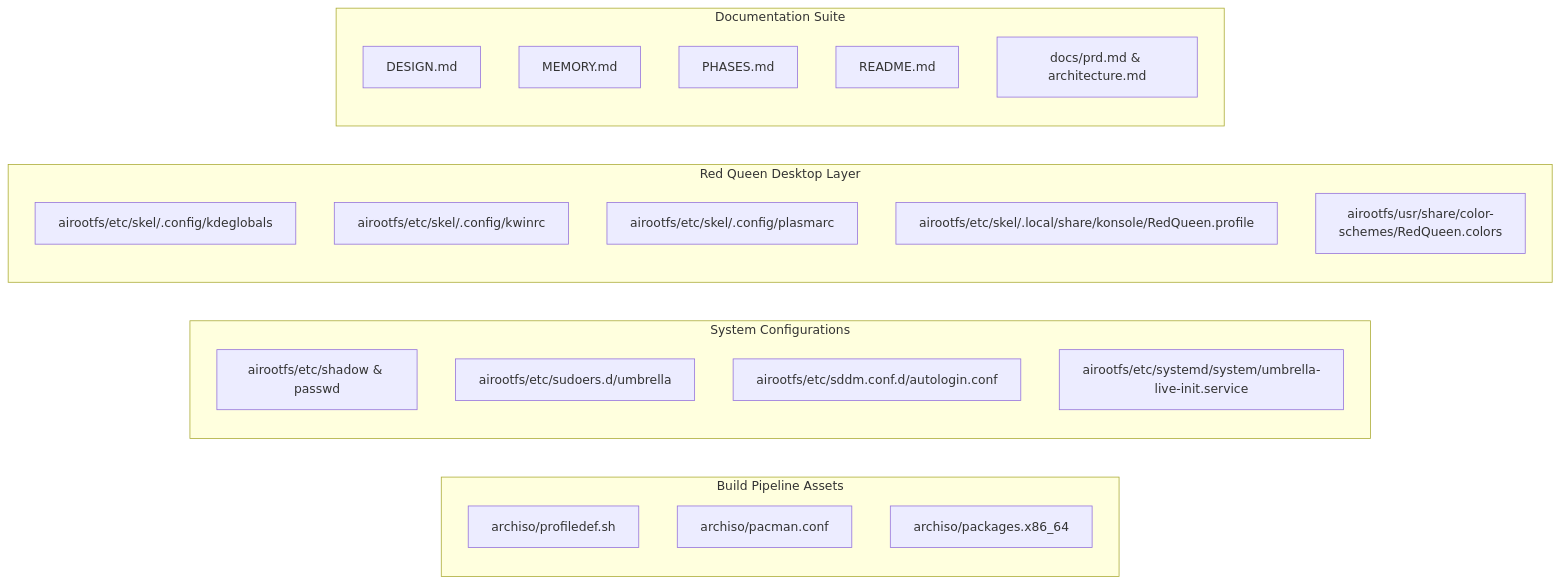
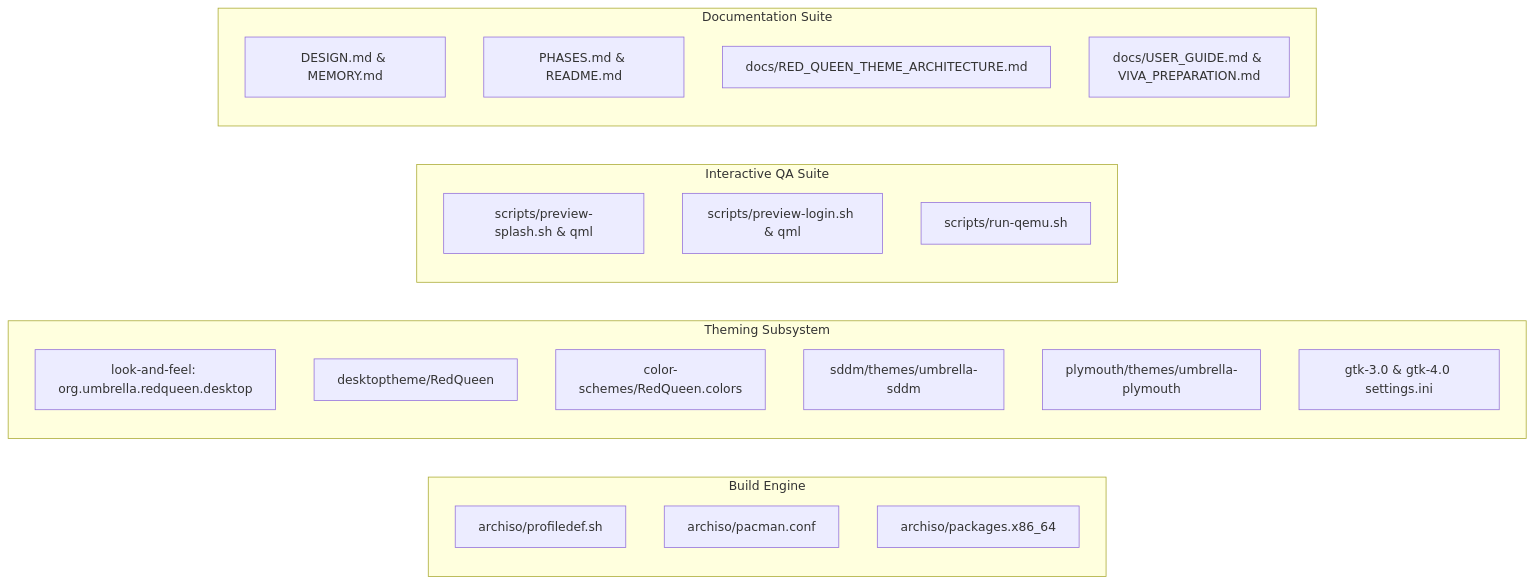
One commit to Aak4shz/Umbrella-Corporation_OS changed the third of 3 diagrams in MEMORY.md. Above: the diagram before and after it, drawn with Mermaid. The commit also changed other lines of this file, not shown here.

````diff
--- a/MEMORY.md
+++ b/MEMORY.md
@@ -170,31 +167,30 @@
 ```mermaid
 graph LR
-    subgraph Build Pipeline Assets
+    subgraph Build Engine
         A1[archiso/profiledef.sh]
         A2[archiso/pacman.conf]
         A3[archiso/packages.x86_64]
     end
 
-    subgraph System Configurations
-        C1[airootfs/etc/shadow & passwd]
-        C2[airootfs/etc/sudoers.d/umbrella]
-        C3[airootfs/etc/sddm.conf.d/autologin.conf]
-        C4[airootfs/etc/systemd/system/umbrella-live-init.service]
+    subgraph Theming Subsystem
+        T1[look-and-feel: org.umbrella.redqueen.desktop]
+        T2[desktoptheme/RedQueen]
+        T3[color-schemes/RedQueen.colors]
+        T4[sddm/themes/umbrella-sddm]
+        T5[plymouth/themes/umbrella-plymouth]
+        T6[gtk-3.0 & gtk-4.0 settings.ini]
     end
 
-    subgraph Red Queen Desktop Layer
-        D1[airootfs/etc/skel/.config/kdeglobals]
-        D2[airootfs/etc/skel/.config/kwinrc]
-        D3[airootfs/etc/skel/.config/plasmarc]
-        D4[airootfs/etc/skel/.local/share/konsole/RedQueen.profile]
-        D5[airootfs/usr/share/color-schemes/RedQueen.colors]
+    subgraph Interactive QA Suite
+        Q1[scripts/preview-splash.sh & qml]
+        Q2[scripts/preview-login.sh & qml]
+        Q3[scripts/run-qemu.sh]
     end
 
     subgraph Documentation Suite
-        DOC1[DESIGN.md]
-        DOC2[MEMORY.md]
-        DOC3[PHASES.md]
-        DOC4[README.md]
-        DOC5[docs/prd.md & architecture.md]
+        D1[DESIGN.md & MEMORY.md]
+        D2[PHASES.md & README.md]
+        D3[docs/RED_QUEEN_THEME_ARCHITECTURE.md]
+        D4[docs/USER_GUIDE.md & VIVA_PREPARATION.md]
     end
 ```
````
